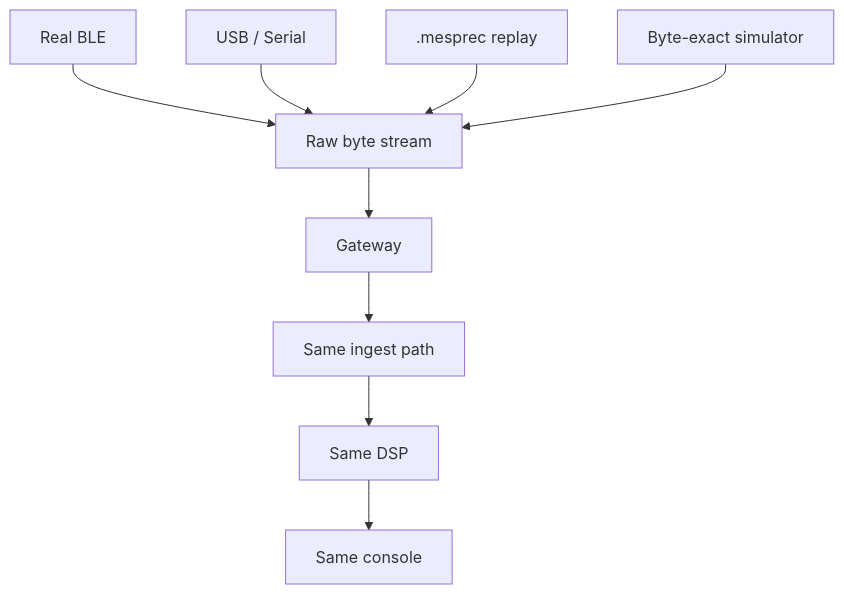
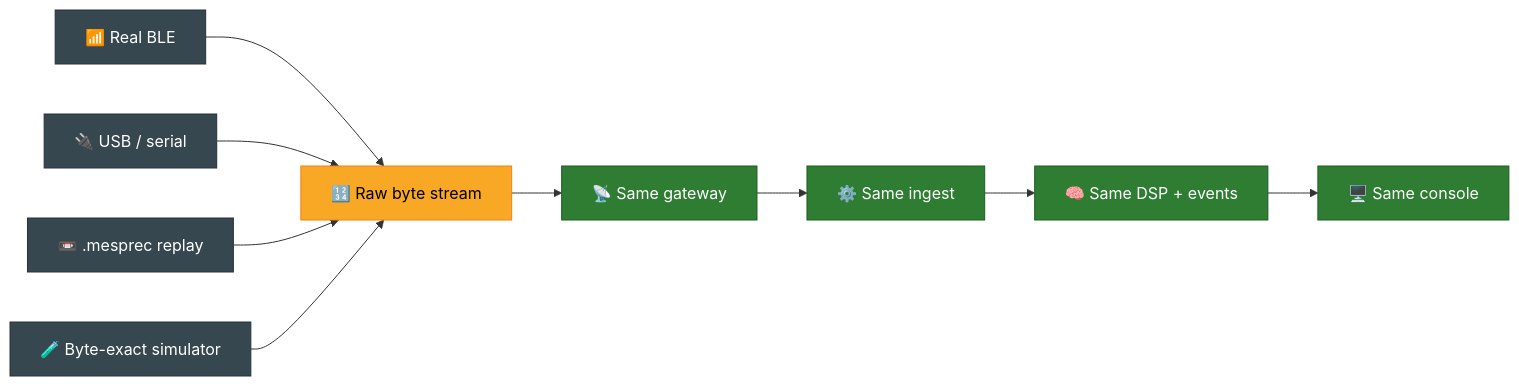
One commit to siddhaantxsingh/Mesp_platform changed the second of 13 diagrams in README.md. Above: the diagram before and after it, drawn with Mermaid. The commit also changed other lines of this file, not shown here.

````diff
--- a/README.md
+++ b/README.md
@@ -159,12 +121,12 @@
-``` mermaid
-flowchart TB
-    BLE["Real BLE"] --> BYTES["Raw byte stream"]
-    SERIAL["USB / Serial"] --> BYTES
-    REPLAY[".mesprec replay"] --> BYTES
-    SIM["Byte-exact simulator"] --> BYTES
+```mermaid
+flowchart LR
+    BLE["📶 Real BLE"]:::src --> BYTES
+    SER["🔌 USB / serial"]:::src --> BYTES
+    REP["📼 .mesprec replay"]:::src --> BYTES
+    SIM["🧪 Byte-exact simulator"]:::src --> BYTES
+    BYTES["🔢 Raw byte stream"]:::bytes --> GW["📡 Same gateway"]:::same --> ING["⚙️ Same ingest"]:::same --> DSP["🧠 Same DSP + events"]:::same --> WEB["🖥️ Same console"]:::same
 
-    BYTES --> GW["Gateway"]
-    GW --> API["Same ingest path"]
-    API --> DSP["Same DSP"]
-    DSP --> WEB["Same console"]
+    classDef src fill:#37474F,stroke:#263238,color:#fff
+    classDef bytes fill:#F9A825,stroke:#F57F17,color:#000
+    classDef same fill:#2E7D32,stroke:#1B5E20,color:#fff
 ```
````
